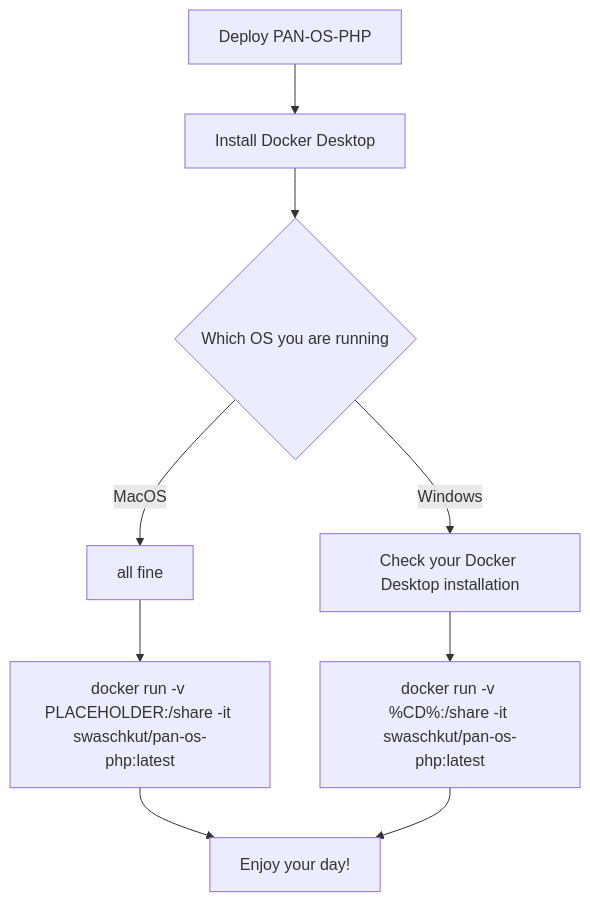
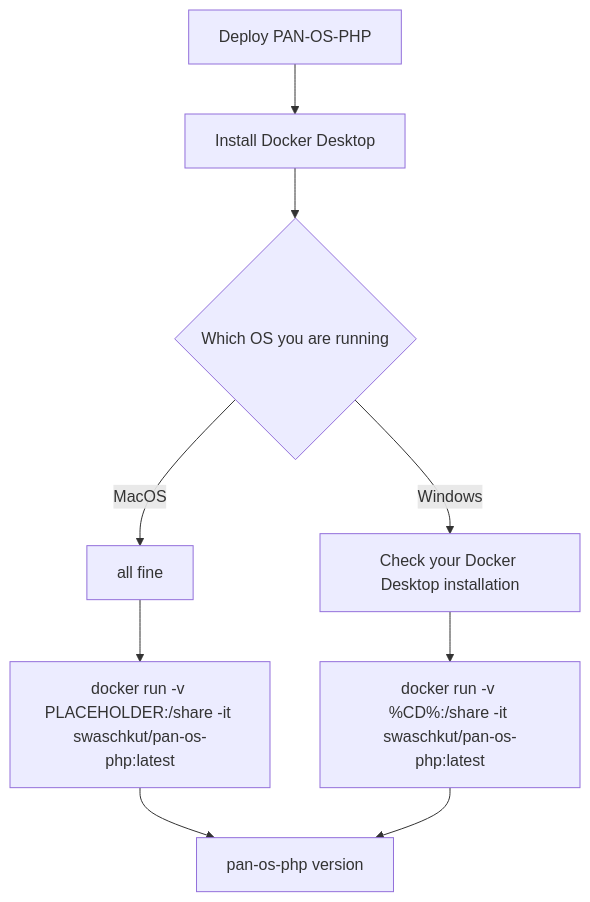
The diagram in READMEdocker.md (PaloAltoNetworks/pan-os-php), drawn with Mermaid before and after one commit.

````diff
--- a/READMEdocker.md
+++ b/READMEdocker.md
@@ -4,11 +4,11 @@
 ```mermaid
 graph TD
     A[Deploy PAN-OS-PHP] --> B
     B[Install Docker Desktop] --> C{Which OS you are running}
     C -->|MacOS| E1[all fine]
     C -->|Windows| E2[Check your Docker Desktop installation]
     E1 --> F1[docker run -v PLACEHOLDER:/share -it swaschkut/pan-os-php:latest]
     E2 --> F2[docker run -v %CD%:/share -it swaschkut/pan-os-php:latest]
-    F1 --> G[Enjoy your day!]
-    F2 --> G[Enjoy your day!]
+    F1 --> G[pan-os-php version]
+    F2 --> G[pan-os-php version]
 ```
````
